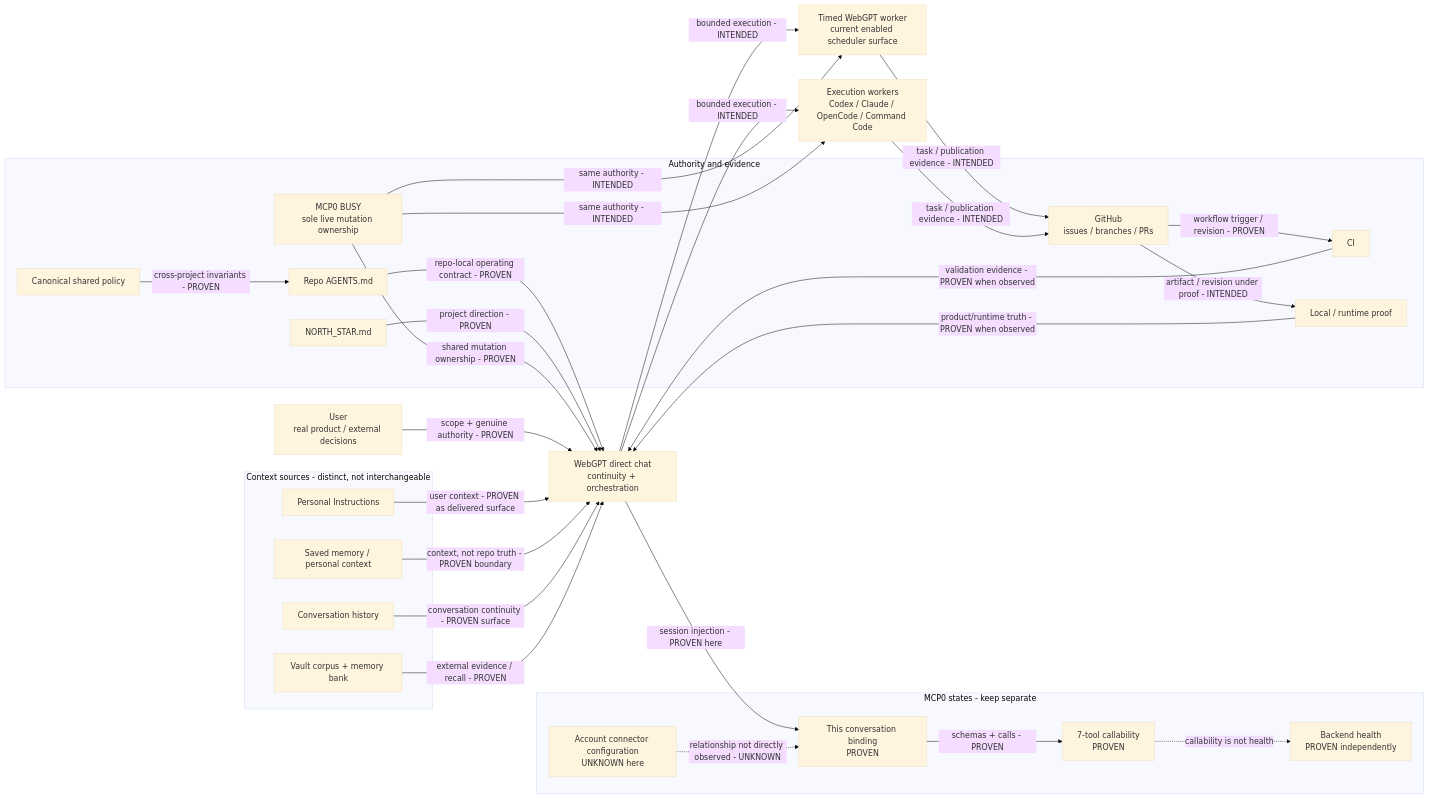
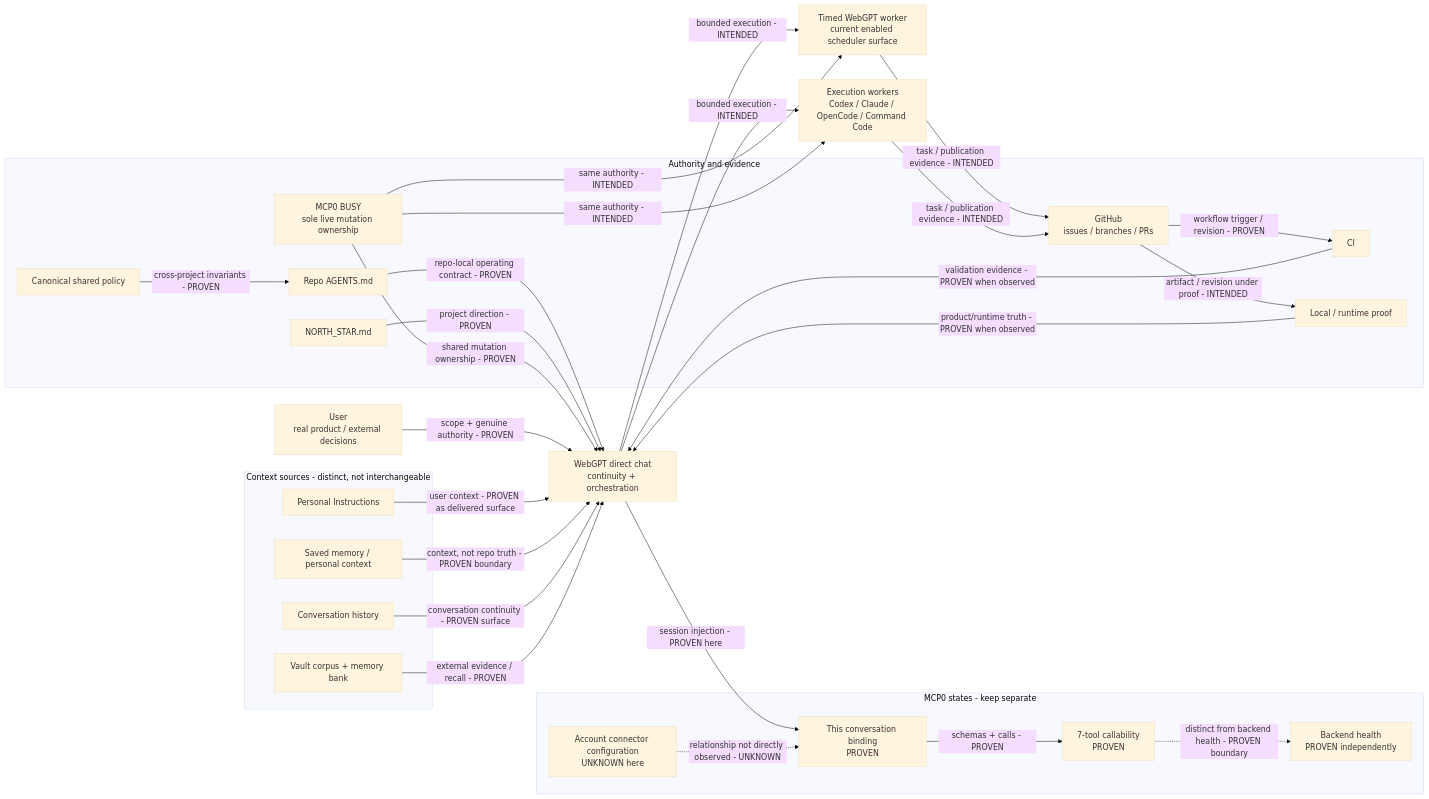
The diagram in docs/assistant-stack-architecture.md (organicoverlords/regression-research), drawn with Mermaid (base theme) before and after one commit. The commit also changed 2 other files, not shown here.

Commit message:
docs: label final issue155 architecture edge

````diff
--- a/docs/assistant-stack-architecture.md
+++ b/docs/assistant-stack-architecture.md
@@ -13,58 +13,58 @@
 ```mermaid
 flowchart LR
   U["User\nreal product / external decisions"]
   W["WebGPT direct chat\ncontinuity + orchestration"]
   T["Timed WebGPT worker\ncurrent enabled scheduler surface"]
   X["Execution workers\nCodex / Claude / OpenCode / Command Code"]
 
   subgraph CTX["Context sources - distinct, not interchangeable"]
     PI["Personal Instructions"]
     MEM["Saved memory / personal context"]
     HIST["Conversation history"]
     V["Vault corpus + memory bank"]
   end
 
   subgraph AUTH["Authority and evidence"]
     SP["Canonical shared policy"]
     AG["Repo AGENTS.md"]
     NS["NORTH_STAR.md"]
     BUSY["MCP0 BUSY\nsole live mutation ownership"]
     GH["GitHub\nissues / branches / PRs"]
     CI["CI"]
     RT["Local / runtime proof"]
   end
 
   subgraph MCP["MCP0 states - keep separate"]
     ACCT["Account connector configuration\nUNKNOWN here"]
     BIND["This conversation binding\nPROVEN"]
     CALL["7-tool callability\nPROVEN"]
     HEALTH["Backend health\nPROVEN independently"]
   end
 
   U -- "scope + genuine authority - PROVEN" --> W
   PI -- "user context - PROVEN as delivered surface" --> W
   MEM -- "context, not repo truth - PROVEN boundary" --> W
   HIST -- "conversation continuity - PROVEN surface" --> W
   V -- "external evidence / recall - PROVEN" --> W
 
   W -- "bounded execution - INTENDED" --> T
   W -- "bounded execution - INTENDED" --> X
   SP -- "cross-project invariants - PROVEN" --> AG
   AG -- "repo-local operating contract - PROVEN" --> W
   NS -- "project direction - PROVEN" --> W
   BUSY -- "shared mutation ownership - PROVEN" --> W
   BUSY -- "same authority - INTENDED" --> T
   BUSY -- "same authority - INTENDED" --> X
 
   W -- "session injection - PROVEN here" --> BIND
   ACCT -. "relationship not directly observed - UNKNOWN" .-> BIND
   BIND -- "schemas + calls - PROVEN" --> CALL
-  CALL -. "callability is not health" .-> HEALTH
+  CALL -. "distinct from backend health - PROVEN boundary" .-> HEALTH
 
   T -- "task / publication evidence - INTENDED" --> GH
   X -- "task / publication evidence - INTENDED" --> GH
   GH -- "workflow trigger / revision - PROVEN" --> CI
   GH -- "artifact / revision under proof - INTENDED" --> RT
   CI -- "validation evidence - PROVEN when observed" --> W
   RT -- "product/runtime truth - PROVEN when observed" --> W
 ```
````
